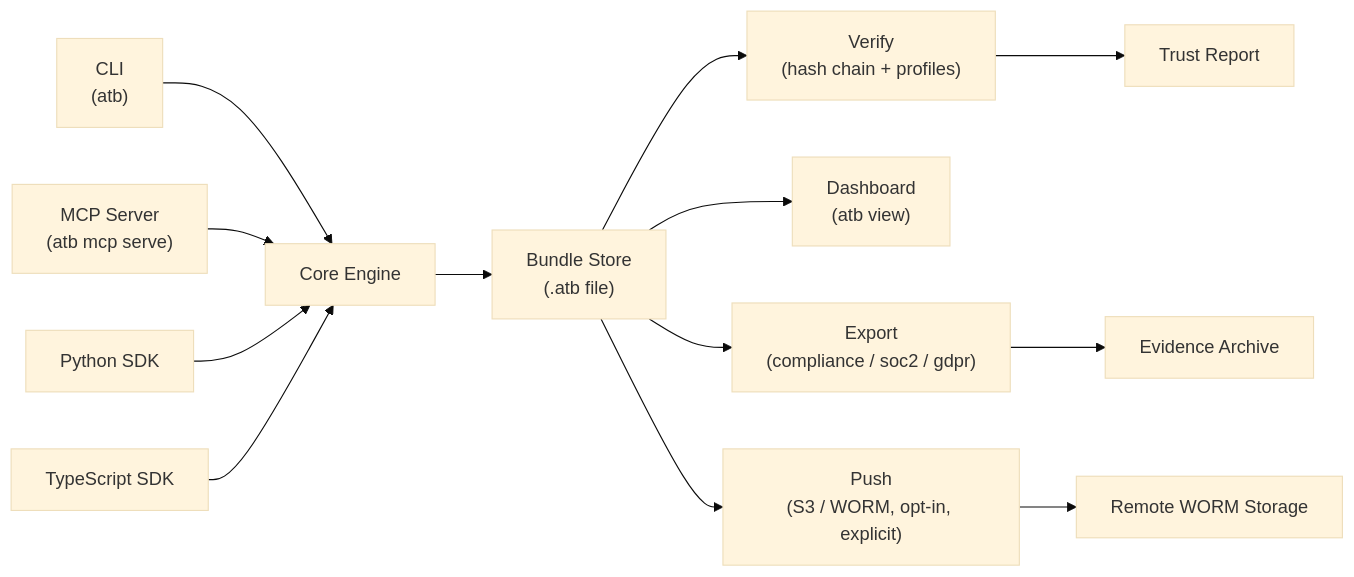
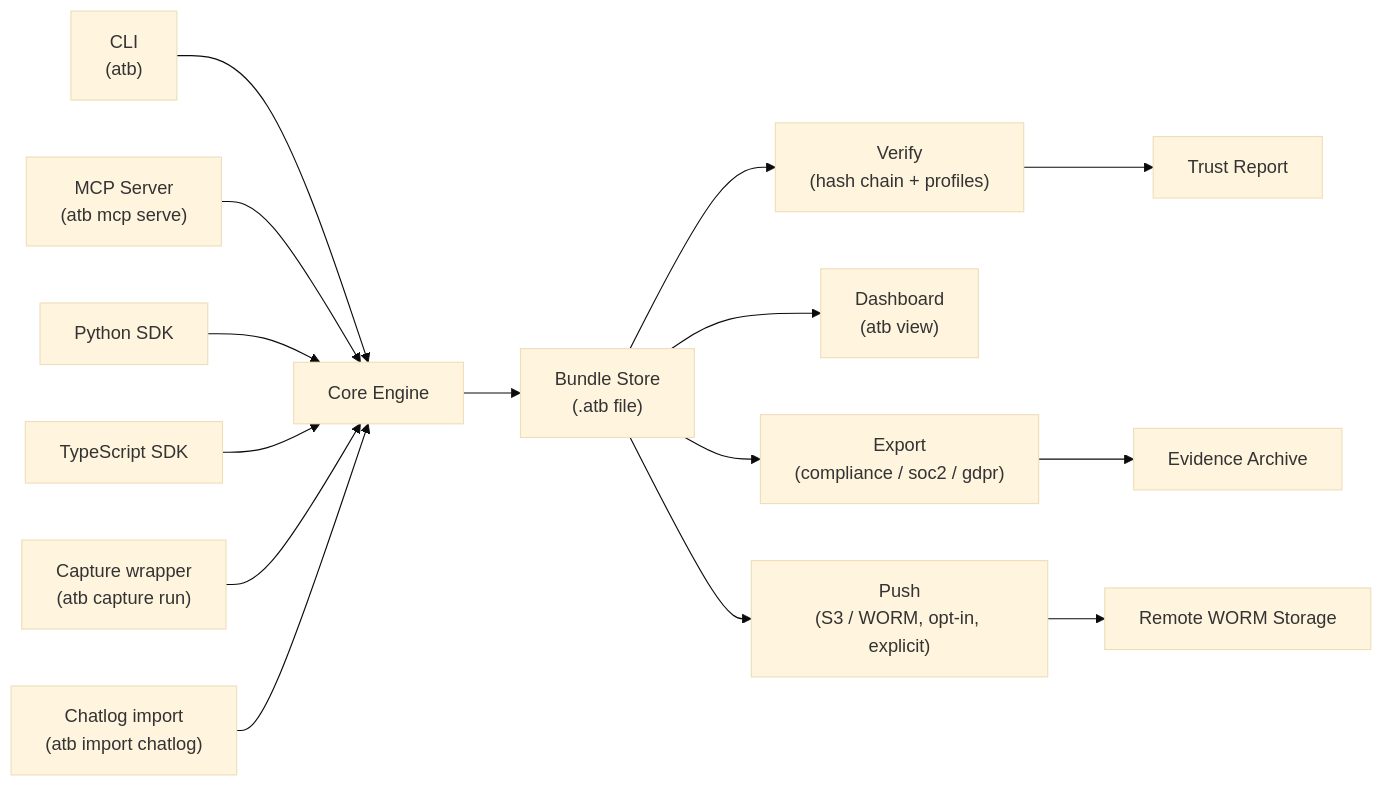
One commit to pcguest/atb changed the diagram in docs/architecture.md. Above: the diagram before and after it, drawn with Mermaid (base theme). The commit also changed other lines of this file and 3 other files, not shown here.

Commit message:
docs: update architecture, config, README and docs index for Capture v1

````diff
--- a/docs/architecture.md
+++ b/docs/architecture.md
@@ -5,15 +5,17 @@
 ```mermaid
 flowchart LR
     CLI["CLI<br/>(atb)"] --> Core["Core Engine"]
     MCP["MCP Server<br/>(atb mcp serve)"] --> Core
     PythonSDK["Python SDK"] --> Core
     TypeScriptSDK["TypeScript SDK"] --> Core
+    Capture["Capture wrapper<br/>(atb capture run)"] --> Core
+    Import["Chatlog import<br/>(atb import chatlog)"] --> Core
     Core --> BundleStore["Bundle Store<br/>(.atb file)"]
     BundleStore --> Verify["Verify<br/>(hash chain + profiles)"]
     BundleStore --> View["Dashboard<br/>(atb view)"]
     BundleStore --> Export["Export<br/>(compliance / soc2 / gdpr)"]
     BundleStore --> Push["Push<br/>(S3 / WORM, opt-in, explicit)"]
     Verify --> Report["Trust Report"]
     Export --> Archive["Evidence Archive"]
     Push --> RemoteStorage["Remote WORM Storage"]
 ```
````
